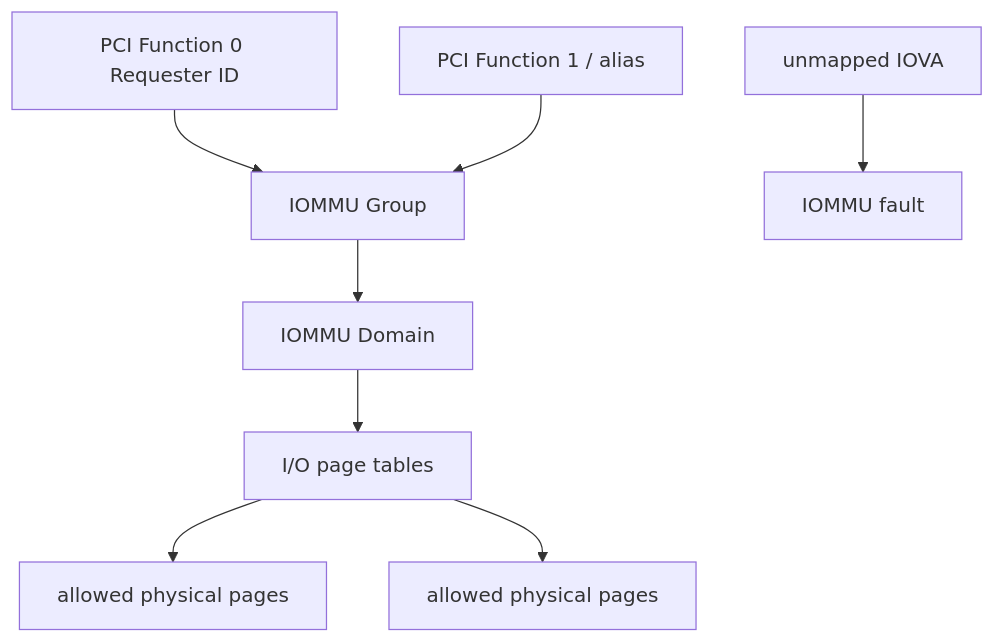
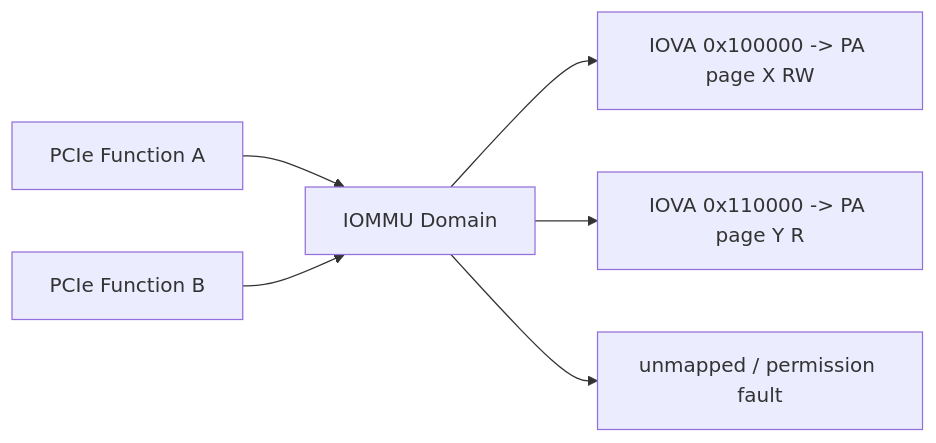
The second of 4 diagrams in docs/articles/pcie/pci-10-iommu-swiotlb-ats-pasid-sva.md (cdragon-ljl/EEandEdgeAI), drawn with Mermaid before and after one commit. The commit also changed other lines of this file and 4 other files, not shown here.

````diff
--- a/docs/articles/pcie/pci-10-iommu-swiotlb-ats-pasid-sva.md
+++ b/docs/articles/pcie/pci-10-iommu-swiotlb-ats-pasid-sva.md
@@ -166,10 +44,8 @@
 ```mermaid
-flowchart TD
-    DEV0[PCI Function 0 Requester ID] --> G[IOMMU Group]
-    DEV1[PCI Function 1 / alias] --> G
-    G --> D[IOMMU Domain]
-    D --> PT[I/O page tables]
-    PT --> P0[allowed physical pages]
-    PT --> P1[allowed physical pages]
-    BAD[unmapped IOVA] --> FAULT[IOMMU fault]
+flowchart LR
+    DEV0[PCIe Function A] --> DOM[ IOMMU Domain ]
+    DEV1[PCIe Function B] --> DOM
+    DOM --> MAP0[IOVA 0x100000 -> PA page X RW]
+    DOM --> MAP1[IOVA 0x110000 -> PA page Y R]
+    DOM --> FAULT[unmapped / permission fault]
 ```
````
